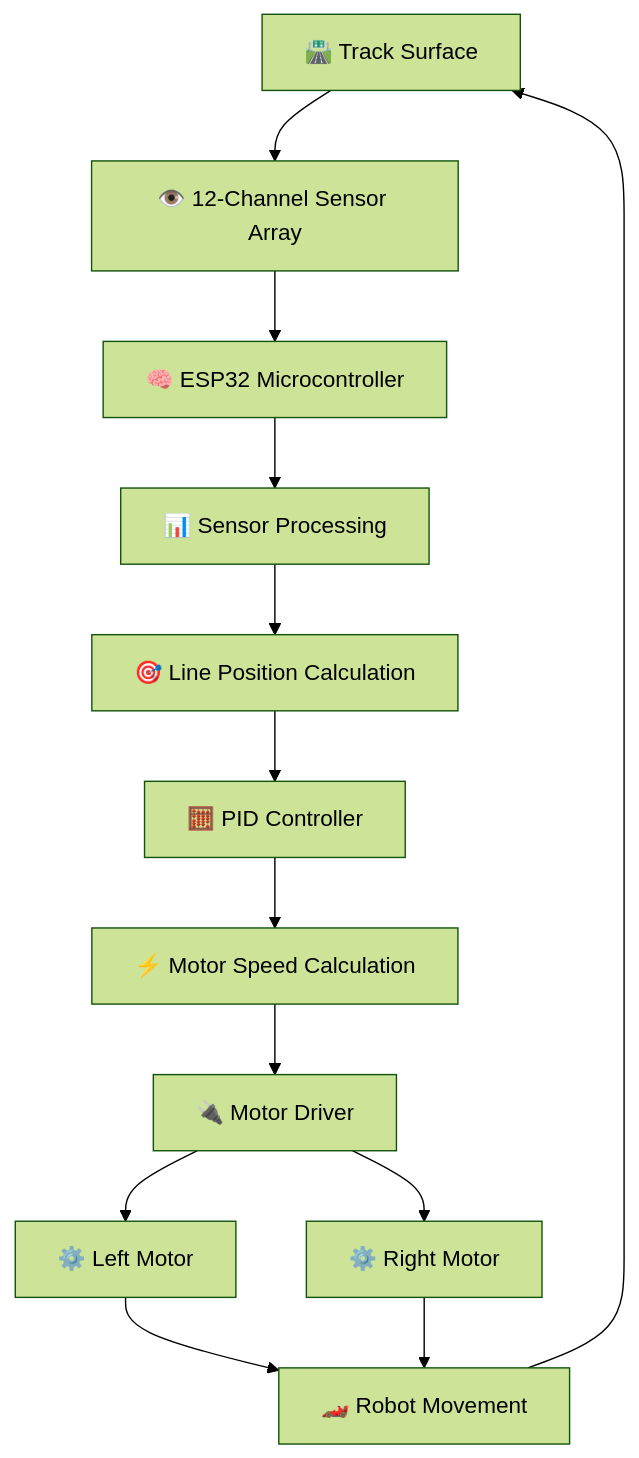
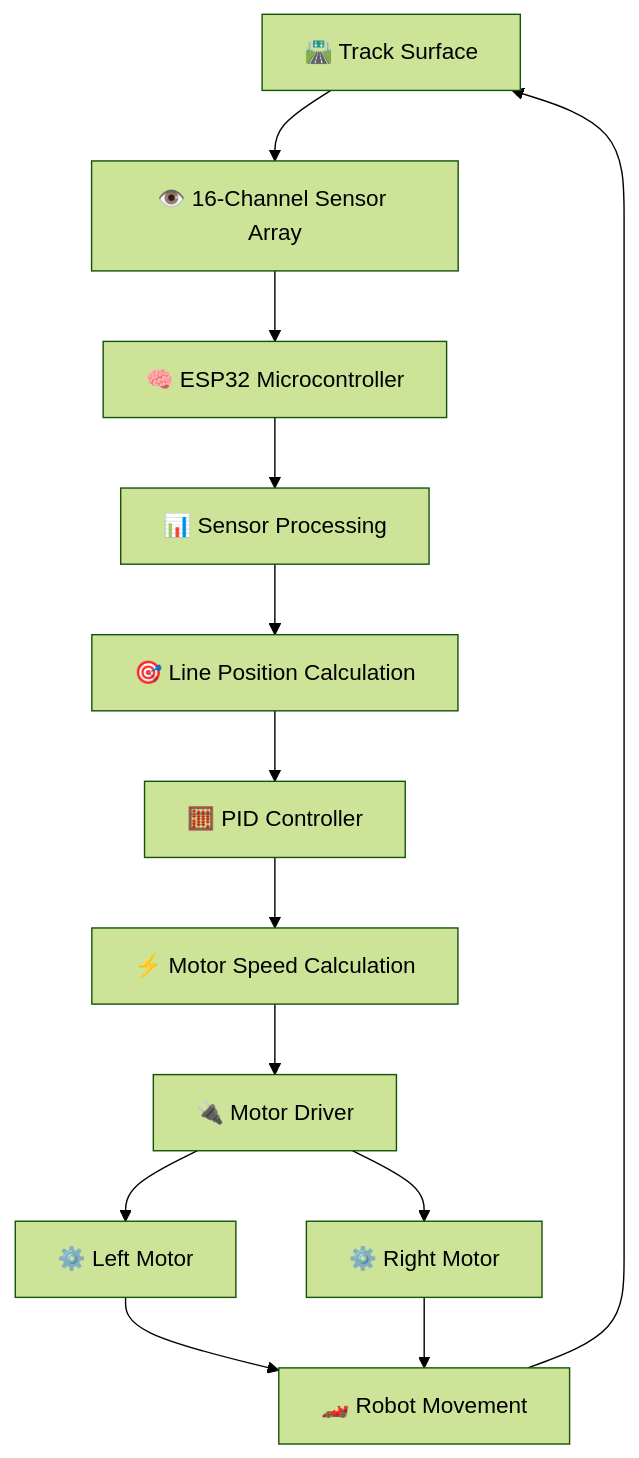
One commit to Crafters-DB/Fast-Line-Follower-Robot-TechnoXian changed the first of 2 diagrams in README.md. Above: the diagram before and after it, drawn with Mermaid (forest theme). The commit also changed other lines of this file, not shown here.

````diff
--- a/README.md
+++ b/README.md
@@ -91,15 +91,15 @@
 ```mermaid
 flowchart TD
-    A["🛣️ Track Surface"] --> B["👁️ 12-Channel Sensor Array"]
+    A["🛣️ Track Surface"] --> B["👁️ 16-Channel Sensor Array"]
     B --> C["🧠 ESP32 Microcontroller"]
     C --> D["📊 Sensor Processing"]
     D --> E["🎯 Line Position Calculation"]
     E --> F["🧮 PID Controller"]
     F --> G["⚡ Motor Speed Calculation"]
     G --> H["🔌 Motor Driver"]
     H --> I["⚙️ Left Motor"]
     H --> J["⚙️ Right Motor"]
     I --> K["🏎️ Robot Movement"]
     J --> K
     K --> A
 ```
````
